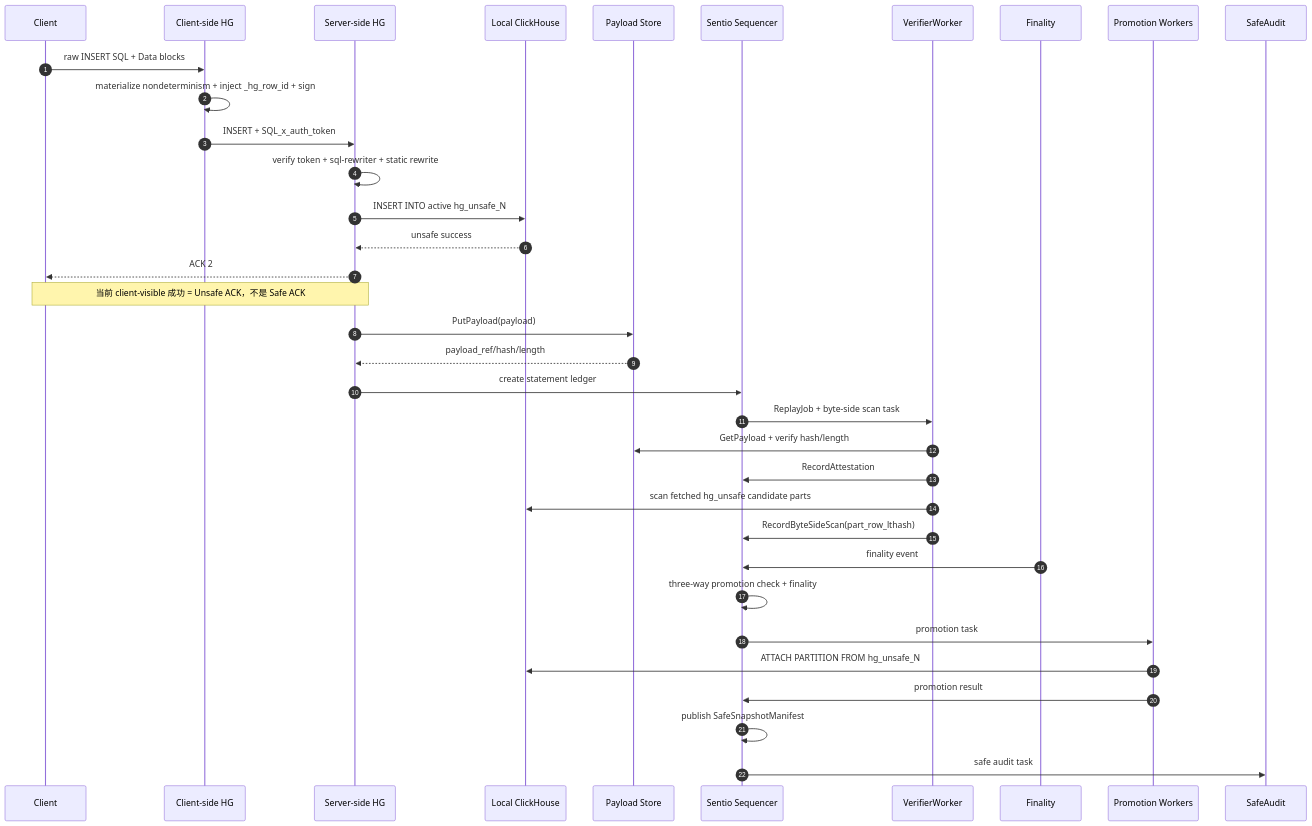
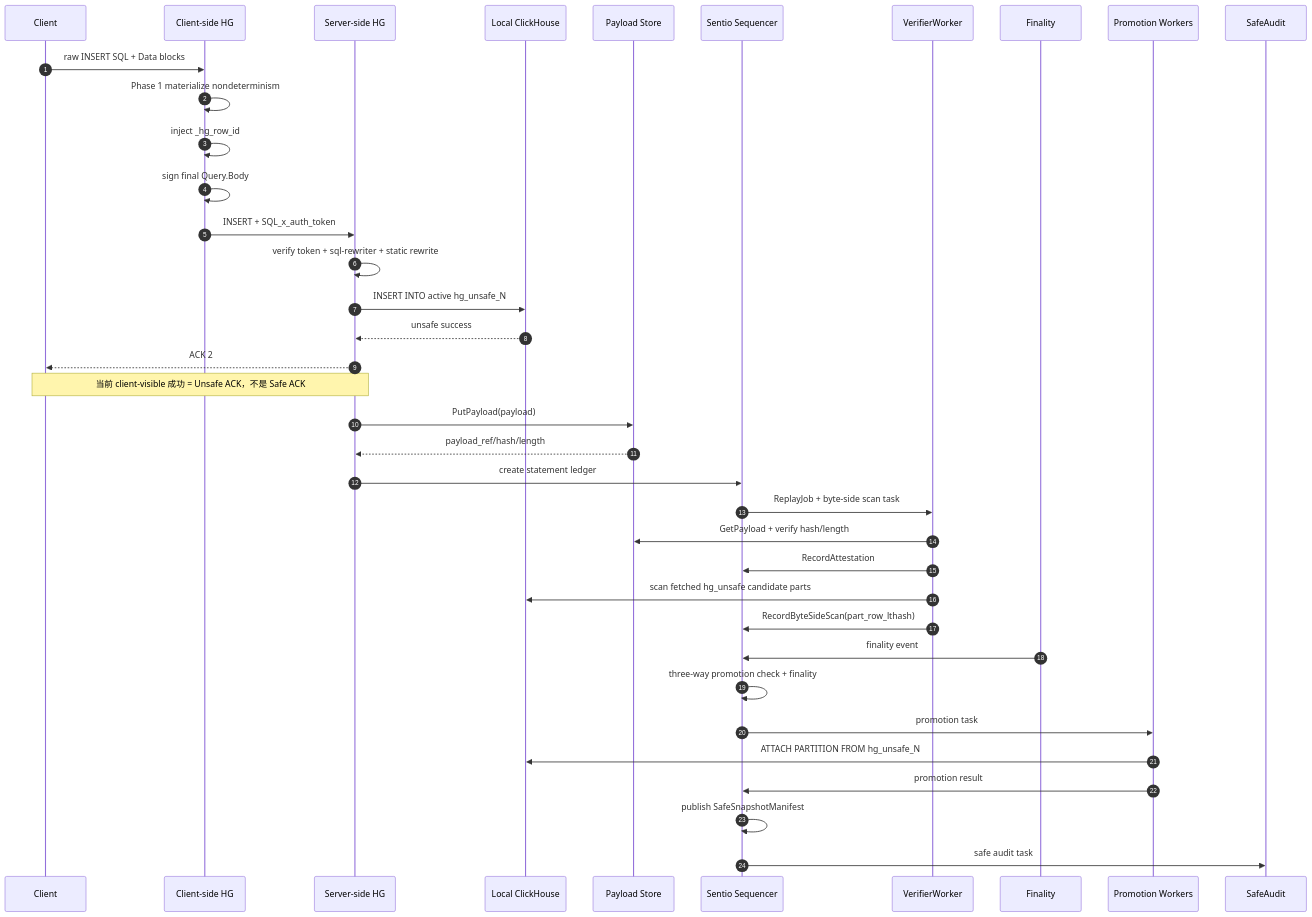
Before and after one commit to housegate/housegate: the second of 4 diagrams in docs/superpowers/specs/2026-07-01-sentio-sequencer-storage-integrity-unified-design.zh-CN.md, drawn with Mermaid. The commit also changed other lines of this file, not shown here.

````diff
--- a/docs/superpowers/specs/2026-07-01-sentio-sequencer-storage-integrity-unified-design.zh-CN.md
+++ b/docs/superpowers/specs/2026-07-01-sentio-sequencer-storage-integrity-unified-design.zh-CN.md
@@ -165,38 +177,40 @@
 ```mermaid
 sequenceDiagram
   autonumber
   participant C as Client
   participant CHG as Client-side HG
   participant HG as Server-side HG
   participant CH as Local ClickHouse
   participant DA as Payload Store
   participant HK as Sentio Sequencer
   participant VW as VerifierWorker
   participant F as Finality
   participant PW as Promotion Workers
   participant SA as SafeAudit
 
   C->>CHG: raw INSERT SQL + Data blocks
-  CHG->>CHG: materialize nondeterminism + inject _hg_row_id + sign
+  CHG->>CHG: Phase 1 materialize nondeterminism
+  CHG->>CHG: inject _hg_row_id
+  CHG->>CHG: sign final Query.Body
   CHG->>HG: INSERT + SQL_x_auth_token
   HG->>HG: verify token + sql-rewriter + static rewrite
   HG->>CH: INSERT INTO active hg_unsafe_N
   CH-->>HG: unsafe success
   HG-->>C: ACK 2
   Note over C,HG: 当前 client-visible 成功 = Unsafe ACK，不是 Safe ACK
   HG->>DA: PutPayload(payload)
   DA-->>HG: payload_ref/hash/length
   HG->>HK: create statement ledger
   HK->>VW: ReplayJob + byte-side scan task
   VW->>DA: GetPayload + verify hash/length
   VW->>HK: RecordAttestation
   VW->>CH: scan fetched hg_unsafe candidate parts
   VW->>HK: RecordByteSideScan(part_row_lthash)
   F->>HK: finality event
   HK->>HK: three-way promotion check + finality
   HK->>PW: promotion task
   PW->>CH: ATTACH PARTITION FROM hg_unsafe_N
   PW->>HK: promotion result
   HK->>HK: publish SafeSnapshotManifest
   HK->>SA: safe audit task
 ```
````
